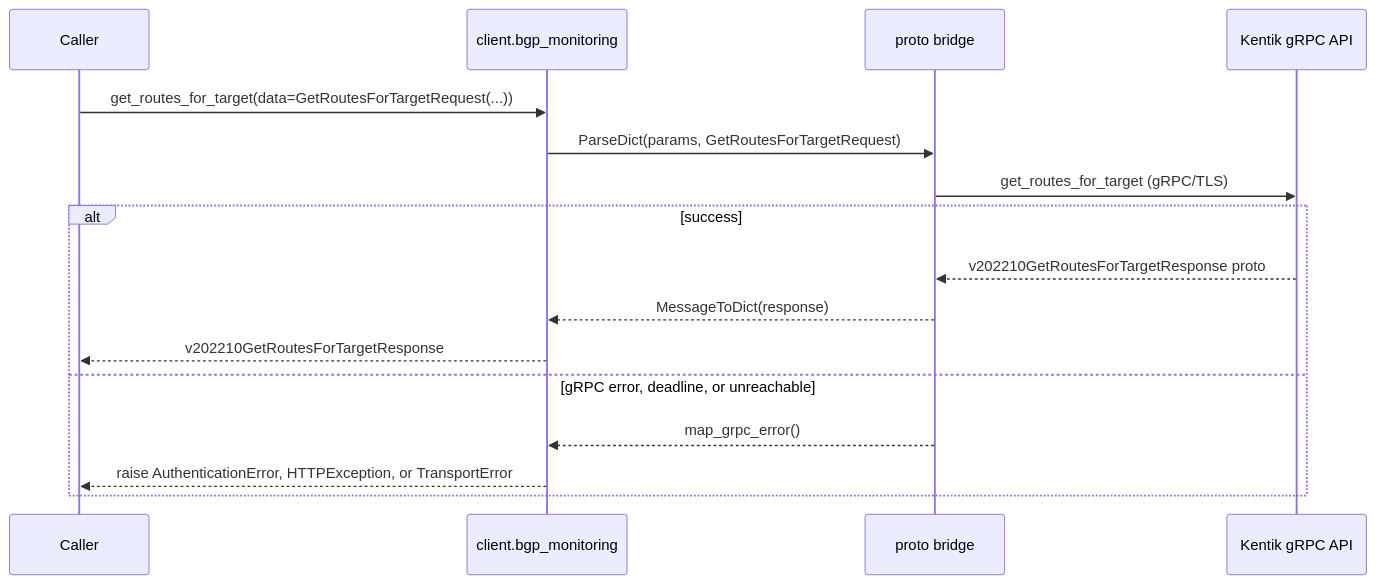
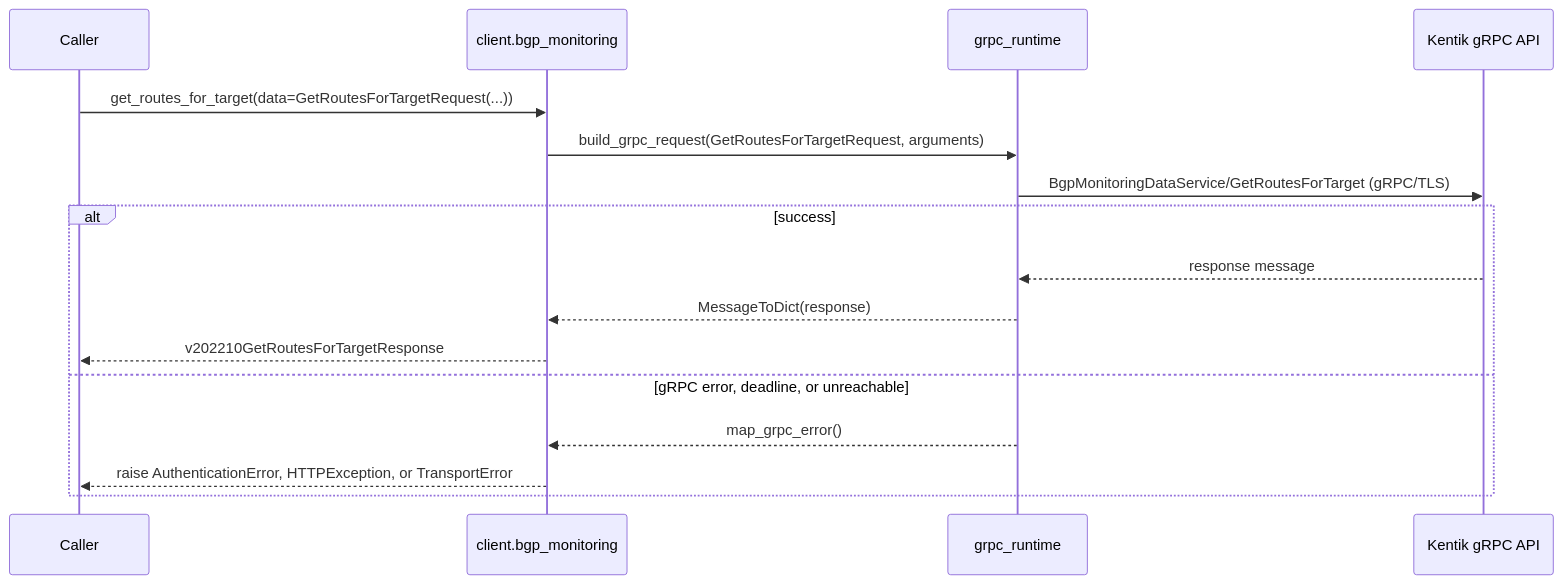
Before and after one commit to alexdearaujo/community_sdk_python: the fifth of 18 diagrams in docs/sphinx/services/bgp_monitoring.md, drawn with Mermaid. The commit also changed other lines of this file and 37 other files, not shown here.

First line of the commit message:
docs: show the real RPC in each service page's gRPC diagram

````diff
--- a/docs/sphinx/services/bgp_monitoring.md
+++ b/docs/sphinx/services/bgp_monitoring.md
@@ -137,19 +137,19 @@
 ```mermaid
 sequenceDiagram
     participant C as Caller
     participant W as client.bgp_monitoring
-    participant B as proto bridge
+    participant R as grpc_runtime
     participant API as Kentik gRPC API
 
     C->>W: get_routes_for_target(data=GetRoutesForTargetRequest(...))
-    W->>B: ParseDict(params, GetRoutesForTargetRequest)
-    B->>API: get_routes_for_target (gRPC/TLS)
+    W->>R: build_grpc_request(GetRoutesForTargetRequest, arguments)
+    R->>API: BgpMonitoringDataService/GetRoutesForTarget (gRPC/TLS)
     alt success
-        API-->>B: v202210GetRoutesForTargetResponse proto
-        B-->>W: MessageToDict(response)
+        API-->>R: response message
+        R-->>W: MessageToDict(response)
         W-->>C: v202210GetRoutesForTargetResponse
     else gRPC error, deadline, or unreachable
-        B-->>W: map_grpc_error()
+        R-->>W: map_grpc_error()
         W-->>C: raise AuthenticationError, HTTPException, or TransportError
     end
 ```
````
